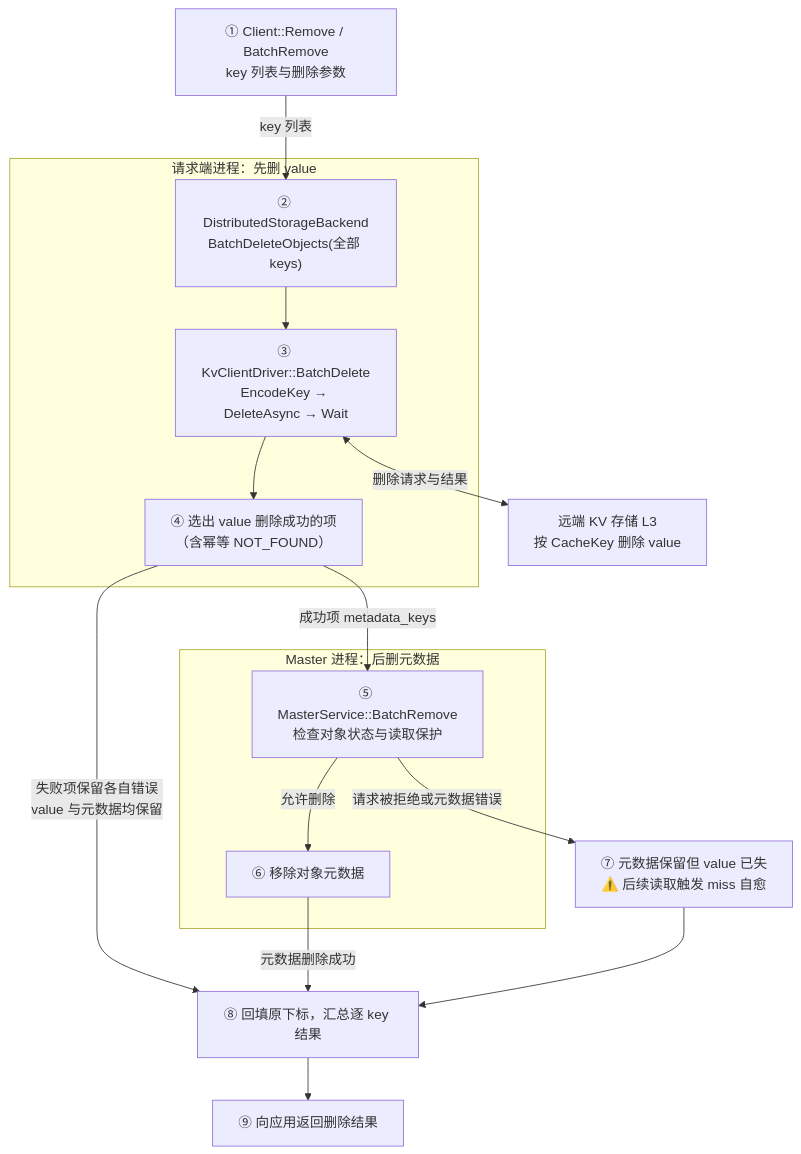
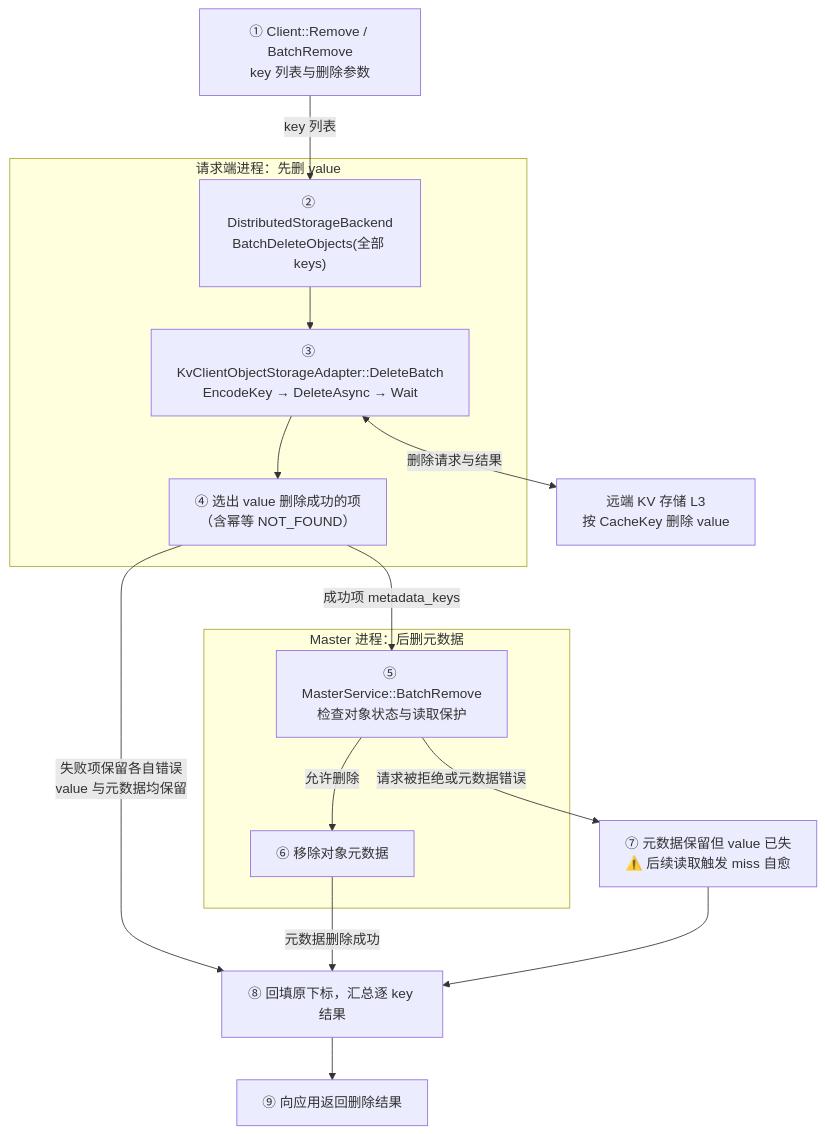
One commit to zwj20000328-dotcom/Mooncake-documents changed the sixth of 13 diagrams in Mooncake + KVClient L3 接入（Kvcs）- v3.md. Above: the diagram before and after it, drawn with Mermaid. The commit also changed other lines of this file, not shown here.

````diff
--- a/Mooncake + KVClient L3 接入（Kvcs）- v3.md
+++ b/Mooncake + KVClient L3 接入（Kvcs）- v3.md
@@ -560,34 +519,34 @@
 ```mermaid
 flowchart TB
     C["① Client::Remove / BatchRemove<br/>key 列表与删除参数"]
 
     subgraph Request["请求端进程：先删 value"]
         B["② DistributedStorageBackend<br/>BatchDeleteObjects(全部 keys)"]
-        D["③ KvClientDriver::BatchDelete<br/>EncodeKey → DeleteAsync → Wait"]
+        D["③ KvClientObjectStorageAdapter::DeleteBatch<br/>EncodeKey → DeleteAsync → Wait"]
         PICK["④ 选出 value 删除成功的项<br/>（含幂等 NOT_FOUND）"]
 
         B --> D
         D --> PICK
     end
 
     subgraph Master["Master 进程：后删元数据"]
         M["⑤ MasterService::BatchRemove<br/>检查对象状态与读取保护"]
         META["⑥ 移除对象元数据"]
 
         M -->|"允许删除"| META
     end
 
     RESULT["⑧ 回填原下标，汇总逐 key 结果"]
     RETURN["⑨ 向应用返回删除结果"]
     WINDOW["⑦ 元数据保留但 value 已失<br/>⚠️ 后续读取触发 miss 自愈"]
     S["远端 KV 存储 L3<br/>按 CacheKey 删除 value"]
 
     C -->|"key 列表"| B
     D <-->|"删除请求与结果"| S
     PICK -->|"成功项 metadata_keys"| M
     PICK -->|"失败项保留各自错误<br/>value 与元数据均保留"| RESULT
     M -->|"请求被拒绝或元数据错误"| WINDOW
     META -->|"元数据删除成功"| RESULT
     WINDOW --> RESULT
     RESULT --> RETURN
 ```
````
